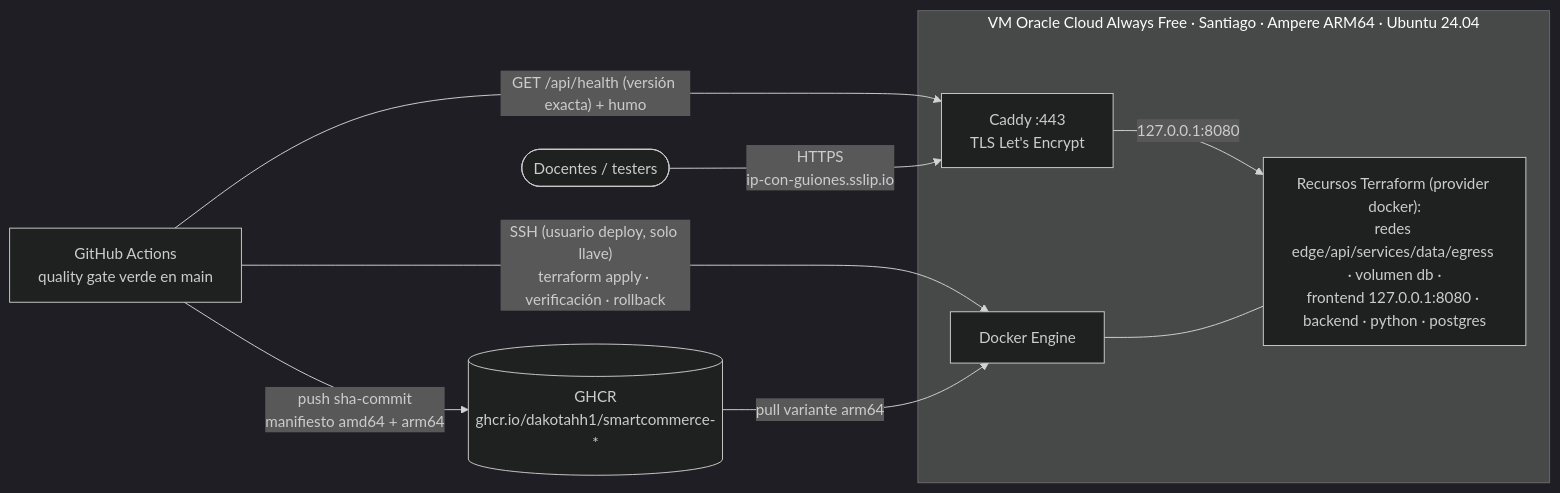
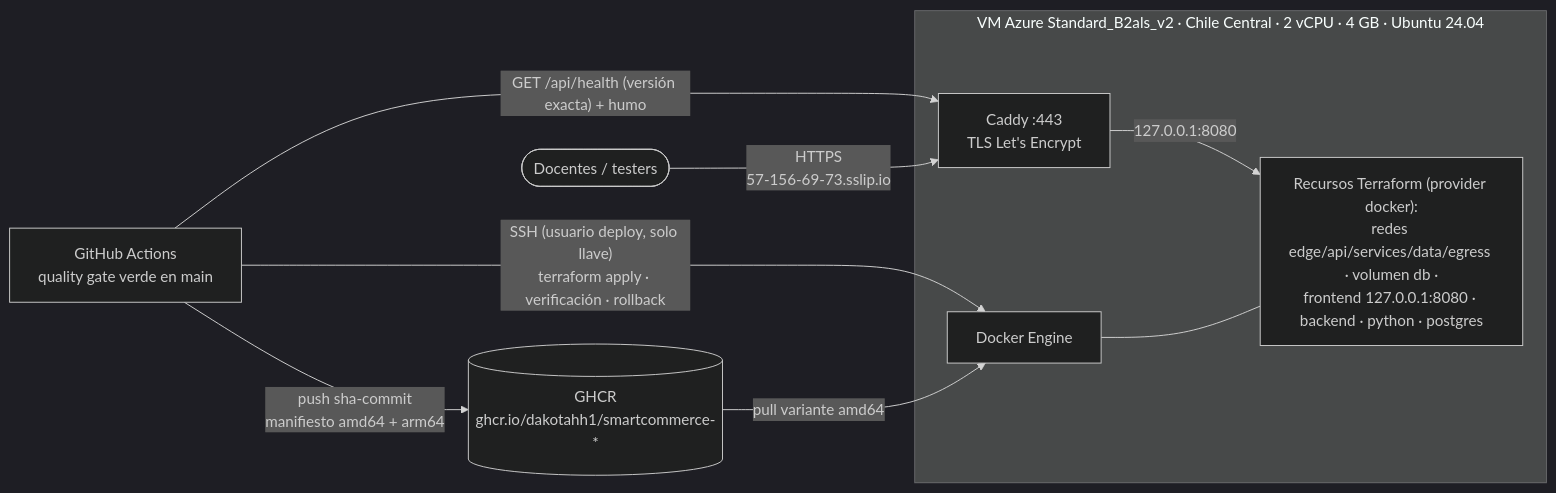
One commit to Dakotahh1/SmartCommerce changed diagram 11 of 11 in docs/02-arquitectura.md. Above: the diagram before and after it, drawn with Mermaid (dark theme). The commit also changed other lines of this file, not shown here.

Commit message:
docs(arquitectura): staging en Azure
El diagrama de la sección 2.6.2 pasa a la VM real de Azure (Standard_B2als_v2,
Chile Central): descarga la variante amd64 del manifiesto y se publica en
https://57-156-69-73.sslip.io detrás de Caddy, con el NSG permitiendo solo
SSH, 80 y 443.

````diff
--- a/docs/02-arquitectura.md
+++ b/docs/02-arquitectura.md
@@ -305,15 +305,15 @@
 ```mermaid
 flowchart LR
     gh["GitHub Actions<br/>quality gate verde en main"] -->|"push sha-commit<br/>manifiesto amd64 + arm64"| ghcr[("GHCR<br/>ghcr.io/dakotahh1/smartcommerce-*")]
     gh -->|"SSH (usuario deploy, solo llave)<br/>terraform apply · verificación · rollback"| docker
-    subgraph vm["VM Oracle Cloud Always Free · Santiago · Ampere ARM64 · Ubuntu 24.04"]
+    subgraph vm["VM Azure Standard_B2als_v2 · Chile Central · 2 vCPU · 4 GB · Ubuntu 24.04"]
         caddy["Caddy :443<br/>TLS Let's Encrypt"]
         docker["Docker Engine"]
         tfres["Recursos Terraform (provider docker):<br/>redes edge/api/services/data/egress · volumen db ·<br/>frontend 127.0.0.1:8080 · backend · python · postgres"]
         caddy -->|"127.0.0.1:8080"| tfres
         docker --- tfres
     end
-    ghcr -->|"pull variante arm64"| docker
+    ghcr -->|"pull variante amd64"| docker
     gh -->|"GET /api/health (versión exacta) + humo"| caddy
-    users(["Docentes / testers"]) -->|"HTTPS<br/>ip-con-guiones.sslip.io"| caddy
+    users(["Docentes / testers"]) -->|"HTTPS<br/>57-156-69-73.sslip.io"| caddy
 ```
````
